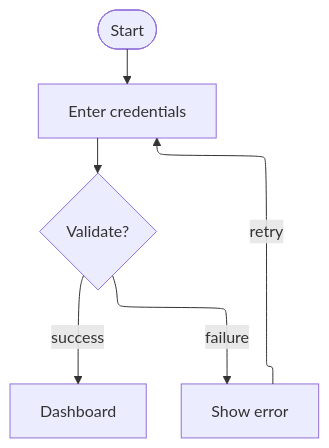
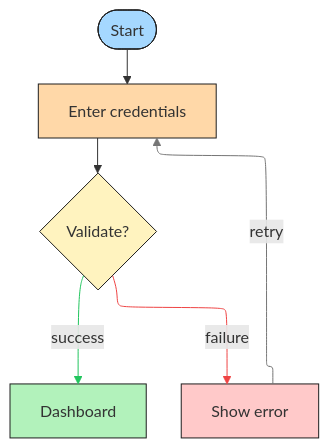
Before and after one commit to esciara/gascity: the first of 4 diagrams in docs/diagrams-comparison/index.mdx, drawn with Mermaid. The commit also changed other lines of this file and 12 other files, not shown here.

First line of the commit message:
docs(diagrams): port Excalidraw palette to Mermaid + D2; add Excalidraw setup guide

````diff
--- a/docs/diagrams-comparison/index.mdx
+++ b/docs/diagrams-comparison/index.mdx
@@ -20,9 +20,19 @@
 ```mermaid
 %%{init: {'flowchart': {'defaultRenderer': 'elk'}}}%%
 flowchart TD
   start([Start]) --> creds[Enter credentials]
   creds --> validate{Validate?}
   validate -- success --> dashboard[Dashboard]
   validate -- failure --> error[Show error]
   error -- retry --> creds
+
+  style start fill:#a5d8ff,stroke:#1e1e1e
+  style creds fill:#ffd8a8,stroke:#1e1e1e
+  style validate fill:#fff3bf,stroke:#1e1e1e
+  style dashboard fill:#b2f2bb,stroke:#1e1e1e
+  style error fill:#ffc9c9,stroke:#1e1e1e
+
+  linkStyle 2 stroke:#22c55e
+  linkStyle 3 stroke:#ef4444
+  linkStyle 4 stroke:#757575
 ```
````
